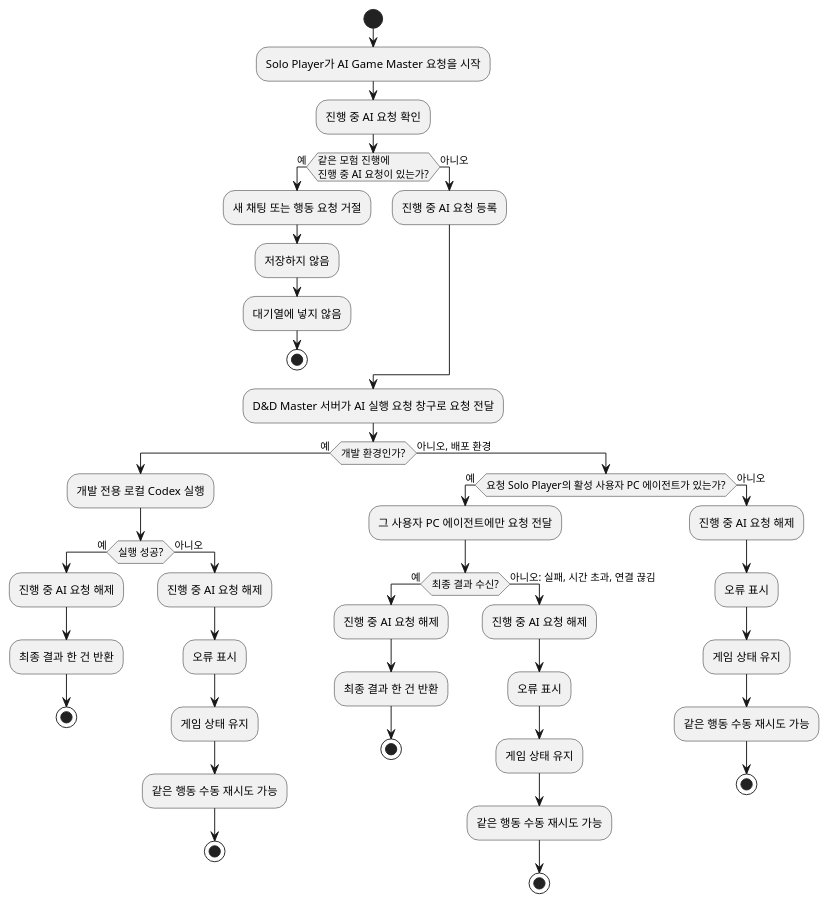
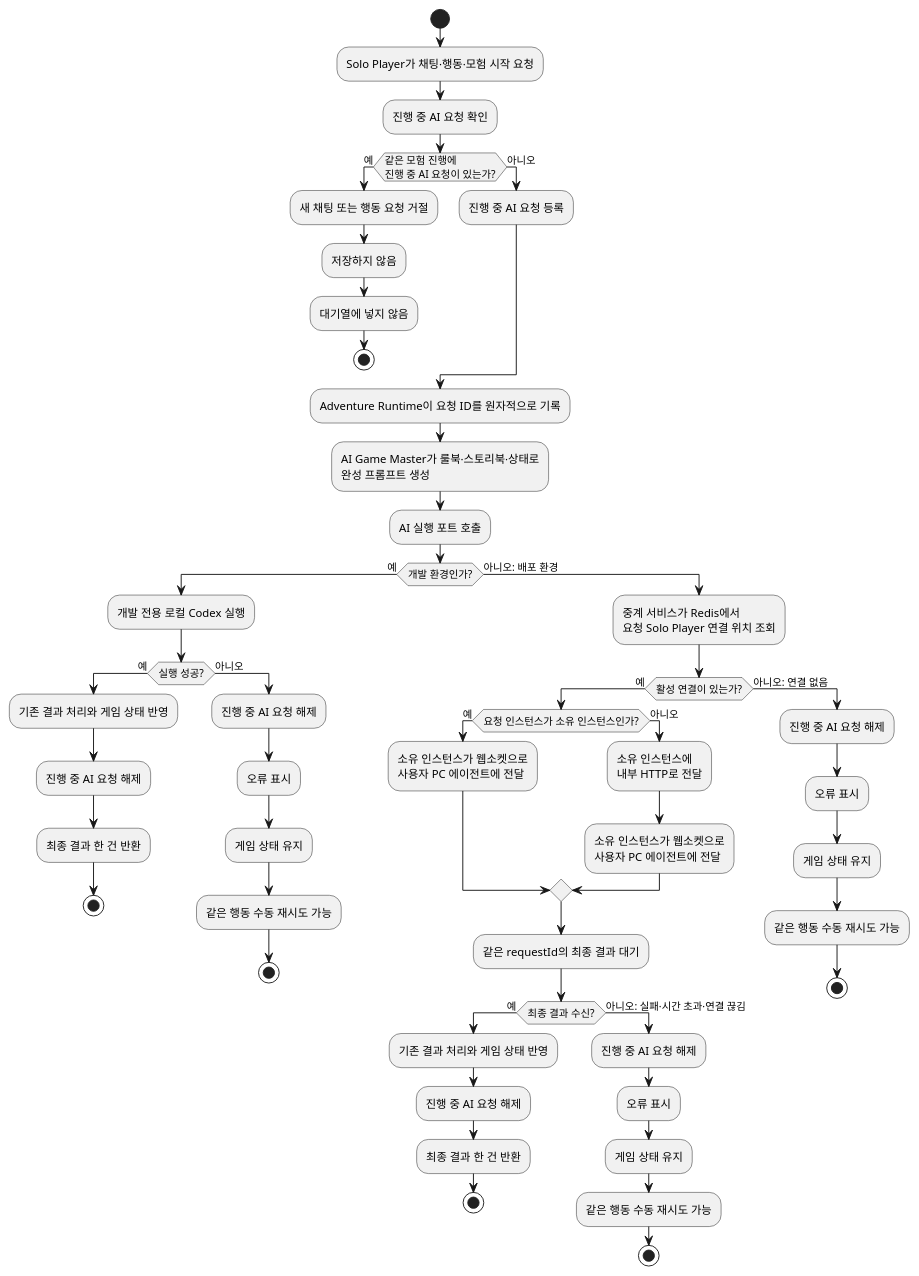
One commit to omegafrog/dnd-master changed the diagram in docs/specs/remote-codex-agent-port/diagrams/product/UC-01.activity.puml. Above: the diagram before and after it, drawn with PlantUML. The commit also changed 13 other files, not shown here.

Commit message:
docs(remote-agent): align specs with implemented relay flow

```diff
--- a/docs/specs/remote-codex-agent-port/diagrams/product/UC-01.activity.puml
+++ b/docs/specs/remote-codex-agent-port/diagrams/product/UC-01.activity.puml
@@ -1,55 +1,71 @@
 @startuml
 ' UC-01 AI Game Master 요청 실행
 skinparam shadowing false
 start
 
-:Solo Player가 AI Game Master 요청을 시작;
+:Solo Player가 채팅·행동·모험 시작 요청;
 :진행 중 AI 요청 확인;
 
 if (같은 모험 진행에\n진행 중 AI 요청이 있는가?) then (예)
   :새 채팅 또는 행동 요청 거절;
   :저장하지 않음;
   :대기열에 넣지 않음;
   stop
 else (아니오)
   :진행 중 AI 요청 등록;
 endif
 
-:D&D Master 서버가 AI 실행 요청 창구로 요청 전달;
+:Adventure Runtime이 요청 ID를 원자적으로 기록;
+:AI Game Master가 룰북·스토리북·상태로
+완성 프롬프트 생성;
+:AI 실행 포트 호출;
 
 if (개발 환경인가?) then (예)
   :개발 전용 로컬 Codex 실행;
   if (실행 성공?) then (예)
+    :기존 결과 처리와 게임 상태 반영;
     :진행 중 AI 요청 해제;
     :최종 결과 한 건 반환;
     stop
   else (아니오)
     :진행 중 AI 요청 해제;
     :오류 표시;
     :게임 상태 유지;
     :같은 행동 수동 재시도 가능;
     stop
   endif
-else (아니오, 배포 환경)
-  if (요청 Solo Player의 활성 사용자 PC 에이전트가 있는가?) then (예)
-    :그 사용자 PC 에이전트에만 요청 전달;
+else (아니오: 배포 환경)
+  :중계 서비스가 Redis에서
+  요청 Solo Player 연결 위치 조회;
+  if (활성 연결이 있는가?) then (예)
+    if (요청 인스턴스가 소유 인스턴스인가?) then (예)
+      :소유 인스턴스가 웹소켓으로
+      사용자 PC 에이전트에 전달;
+    else (아니오)
+      :소유 인스턴스에
+      내부 HTTP로 전달;
+      :소유 인스턴스가 웹소켓으로
+      사용자 PC 에이전트에 전달;
+    endif
+    :같은 requestId의 최종 결과 대기;
     if (최종 결과 수신?) then (예)
+      :기존 결과 처리와 게임 상태 반영;
       :진행 중 AI 요청 해제;
       :최종 결과 한 건 반환;
       stop
-    else (아니오: 실패, 시간 초과, 연결 끊김)
+    else (아니오: 실패·시간 초과·연결 끊김)
       :진행 중 AI 요청 해제;
       :오류 표시;
       :게임 상태 유지;
       :같은 행동 수동 재시도 가능;
       stop
     endif
-  else (아니오)
+  else (아니오: 연결 없음)
     :진행 중 AI 요청 해제;
     :오류 표시;
     :게임 상태 유지;
     :같은 행동 수동 재시도 가능;
     stop
   endif
 endif
 @enduml
```
